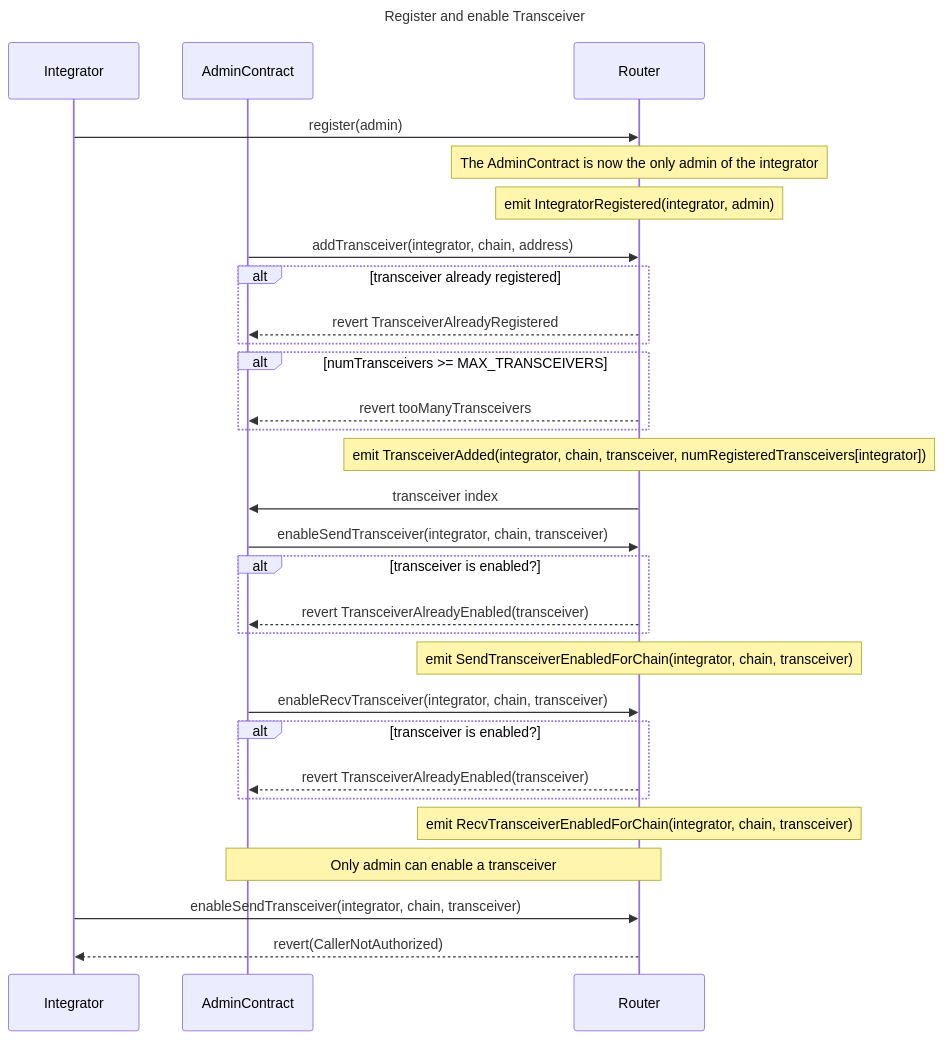
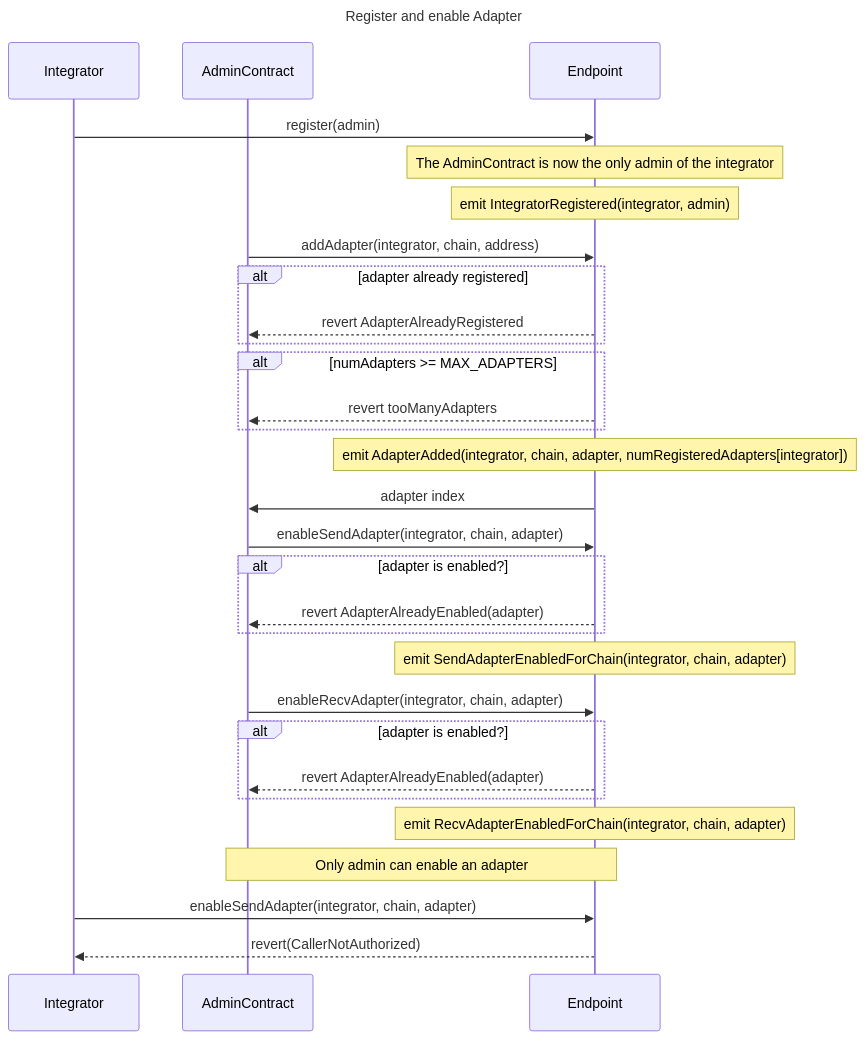
Before and after one commit to wormholelabs-xyz/example-messaging-endpoint: the first of 2 diagrams in evm/README.md, drawn with Mermaid. The commit also changed other lines of this file and 144 other files, not shown here.

````diff
--- a/evm/README.md
+++ b/evm/README.md
@@ -11,34 +11,34 @@
 ```mermaid
 sequenceDiagram
-title Register and enable Transceiver
+title Register and enable Adapter
 
 participant Integrator
 participant AdminContract
-participant Router
+participant Endpoint
 
-Integrator ->> Router: register(admin)
-note over Router: The AdminContract is now the only admin of the integrator
-note over Router:emit IntegratorRegistered(integrator, admin)
-AdminContract->>Router:addTransceiver(integrator, chain, address)
-alt transceiver already registered
-Router-->>AdminContract:revert TransceiverAlreadyRegistered
+Integrator ->> Endpoint: register(admin)
+note over Endpoint: The AdminContract is now the only admin of the integrator
+note over Endpoint:emit IntegratorRegistered(integrator, admin)
+AdminContract->>Endpoint:addAdapter(integrator, chain, address)
+alt adapter already registered
+Endpoint-->>AdminContract:revert AdapterAlreadyRegistered
 end
-alt numTransceivers >= MAX_TRANSCEIVERS
-Router-->>AdminContract:revert tooManyTransceivers
+alt numAdapters >= MAX_ADAPTERS
+Endpoint-->>AdminContract:revert tooManyAdapters
 end
-note over Router:emit TransceiverAdded(integrator, chain, transceiver, numRegisteredTransceivers[integrator]);
-Router->>AdminContract:transceiver index
-AdminContract->>Router:enableSendTransceiver(integrator, chain, transceiver)
-alt transceiver is enabled?
-Router-->>AdminContract:revert TransceiverAlreadyEnabled(transceiver)
+note over Endpoint:emit AdapterAdded(integrator, chain, adapter, numRegisteredAdapters[integrator]);
+Endpoint->>AdminContract:adapter index
+AdminContract->>Endpoint:enableSendAdapter(integrator, chain, adapter)
+alt adapter is enabled?
+Endpoint-->>AdminContract:revert AdapterAlreadyEnabled(adapter)
 end
-note over Router:emit SendTransceiverEnabledForChain(integrator, chain, transceiver)
-AdminContract->>Router:enableRecvTransceiver(integrator, chain, transceiver)
-alt transceiver is enabled?
-Router-->>AdminContract:revert TransceiverAlreadyEnabled(transceiver)
+note over Endpoint:emit SendAdapterEnabledForChain(integrator, chain, adapter)
+AdminContract->>Endpoint:enableRecvAdapter(integrator, chain, adapter)
+alt adapter is enabled?
+Endpoint-->>AdminContract:revert AdapterAlreadyEnabled(adapter)
 end
-note over Router:emit RecvTransceiverEnabledForChain(integrator, chain, transceiver)
-note over AdminContract, Router: Only admin can enable a transceiver
-Integrator->>Router:enableSendTransceiver(integrator, chain, transceiver)
-Router-->>Integrator:revert(CallerNotAuthorized)
+note over Endpoint:emit RecvAdapterEnabledForChain(integrator, chain, adapter)
+note over AdminContract, Endpoint: Only admin can enable an adapter
+Integrator->>Endpoint:enableSendAdapter(integrator, chain, adapter)
+Endpoint-->>Integrator:revert(CallerNotAuthorized)
 ```
````
